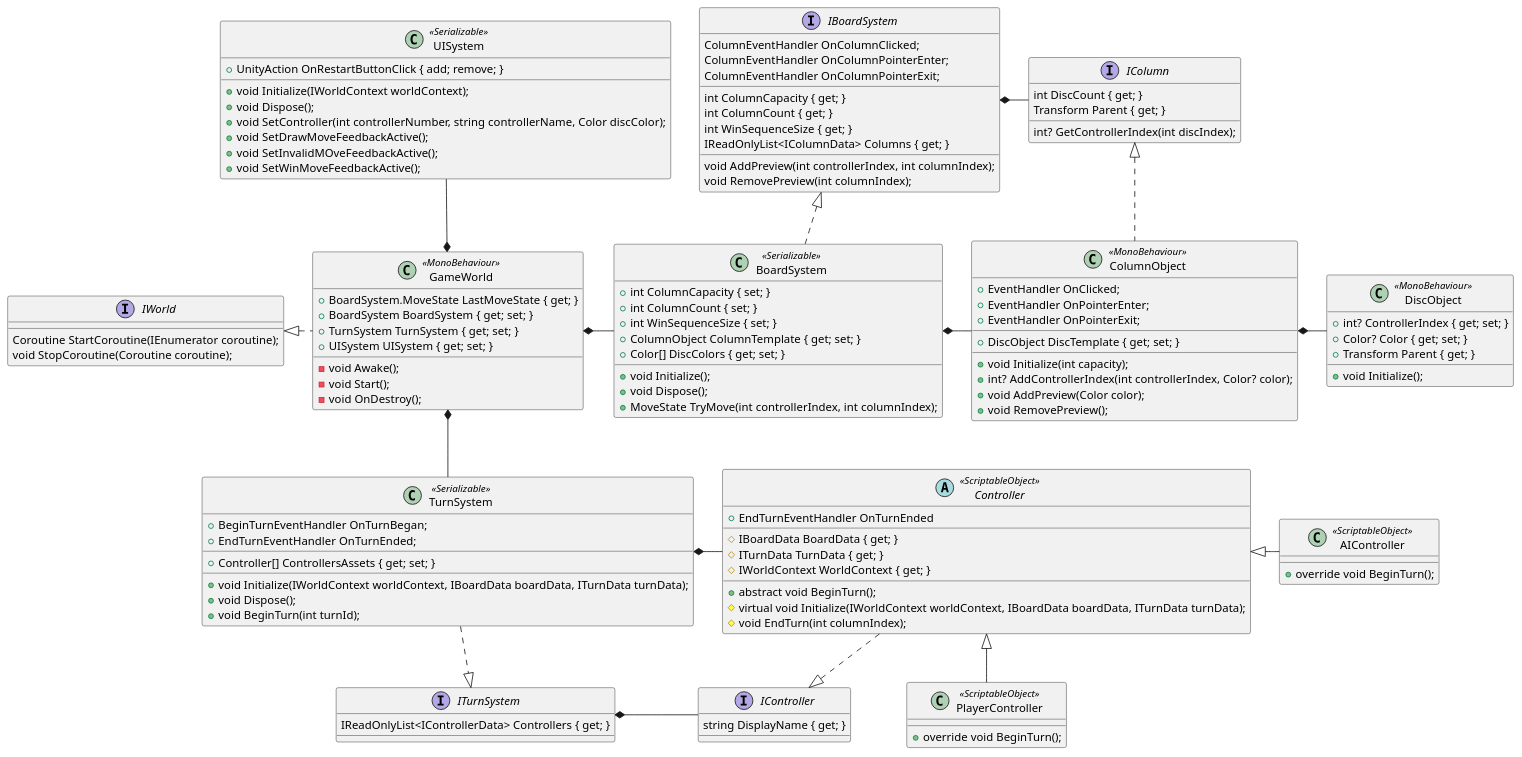
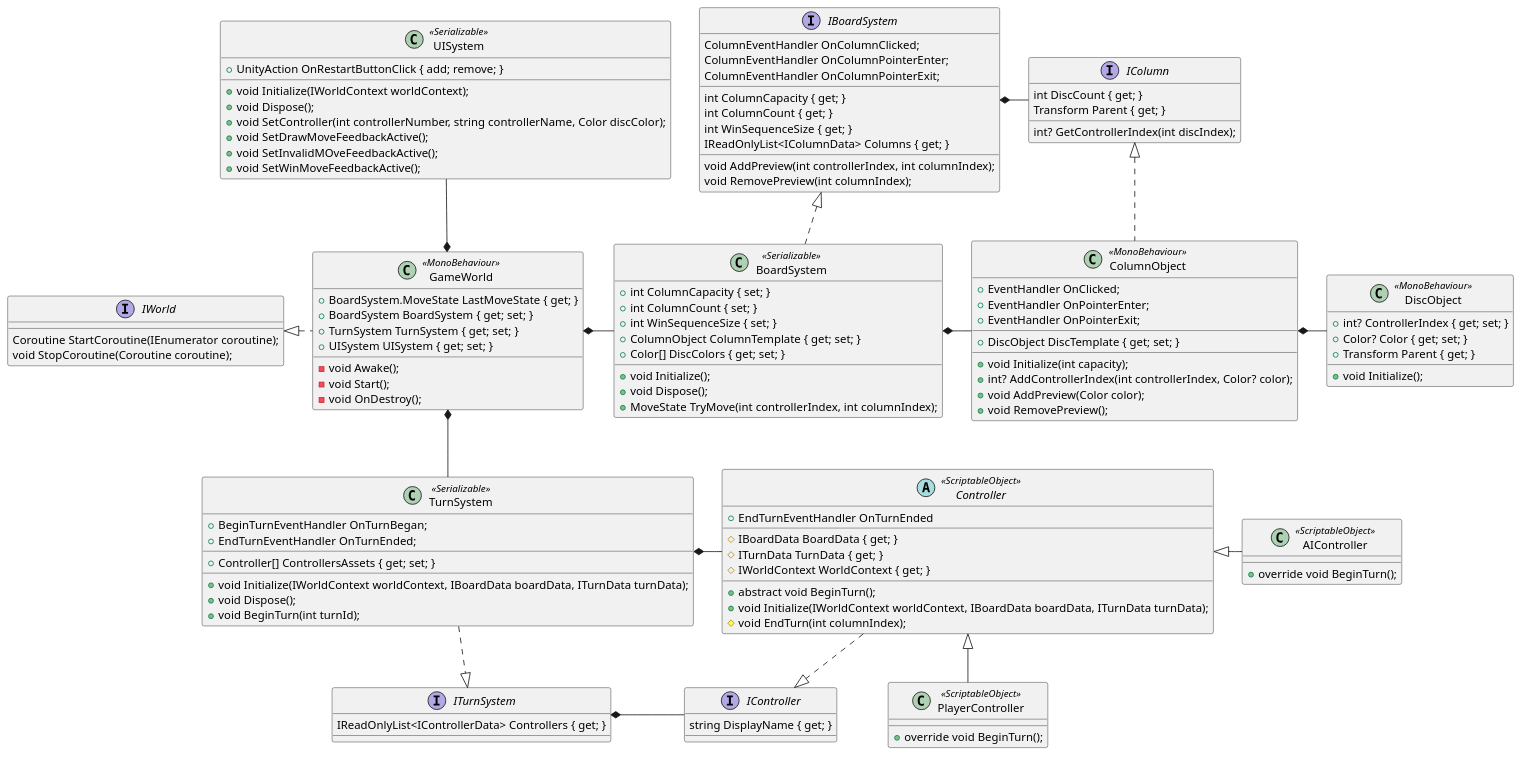
Before and after one commit to brunocoimbrar/ConnectFour: the diagram in Docs/MainArchitecture.plantUML, drawn with PlantUML. The commit also changed 5 other files, not shown here.

```diff
--- a/Docs/MainArchitecture.plantUML
+++ b/Docs/MainArchitecture.plantUML
@@ -1,157 +1,157 @@
 @startuml
 
 interface IWorld
 {
   Coroutine StartCoroutine(IEnumerator coroutine);
   void StopCoroutine(Coroutine coroutine);
 }
 
 class GameWorld <<MonoBehaviour>>
 {
   +BoardSystem.MoveState LastMoveState { get; }
   +BoardSystem BoardSystem { get; set; }
   +TurnSystem TurnSystem { get; set; }
   +UISystem UISystem { get; set; }
   __
   -void Awake();
   -void Start();
   -void OnDestroy();
 }
 
 interface IBoardSystem
 {
   ColumnEventHandler OnColumnClicked;
   ColumnEventHandler OnColumnPointerEnter;
   ColumnEventHandler OnColumnPointerExit;
   __
   int ColumnCapacity { get; }
   int ColumnCount { get; }
   int WinSequenceSize { get; }
   IReadOnlyList<IColumnData> Columns { get; }
   __
   void AddPreview(int controllerIndex, int columnIndex);
   void RemovePreview(int columnIndex);
 }
 
 class BoardSystem <<Serializable>>
 {
   +int ColumnCapacity { set; }
   +int ColumnCount { set; }
   +int WinSequenceSize { set; }
   +ColumnObject ColumnTemplate { get; set; }
   +Color[] DiscColors { get; set; }
   __
   +void Initialize();
   +void Dispose();
   +MoveState TryMove(int controllerIndex, int columnIndex);
 }
 
 interface IColumn
 {
   int DiscCount { get; }
   Transform Parent { get; }
   __
   int? GetControllerIndex(int discIndex);
 }
 
 class ColumnObject <<MonoBehaviour>>
 {
   +EventHandler OnClicked;
   +EventHandler OnPointerEnter;
   +EventHandler OnPointerExit;
   __
   +DiscObject DiscTemplate { get; set; }
   __
   +void Initialize(int capacity);
   +int? AddControllerIndex(int controllerIndex, Color? color);
   +void AddPreview(Color color);
   +void RemovePreview();
 }
 
 class DiscObject <<MonoBehaviour>>
 {
   +int? ControllerIndex { get; set; }
   +Color? Color { get; set; }
   +Transform Parent { get; }
   __
   +void Initialize();
 }
 
 interface ITurnSystem
 {
   IReadOnlyList<IControllerData> Controllers { get; }
 }
 
 class TurnSystem <<Serializable>>
 {
   +BeginTurnEventHandler OnTurnBegan;
   +EndTurnEventHandler OnTurnEnded;
   __
   +Controller[] ControllersAssets { get; set; }
   __
   +void Initialize(IWorldContext worldContext, IBoardData boardData, ITurnData turnData);
   +void Dispose();
   +void BeginTurn(int turnId);
 }
 
 interface IController
 {
   string DisplayName { get; }
 }
 
 abstract class Controller <<ScriptableObject>>
 {
   +EndTurnEventHandler OnTurnEnded
   __
   #IBoardData BoardData { get; }
   #ITurnData TurnData { get; }
   #IWorldContext WorldContext { get; }
   __
   +abstract void BeginTurn();
-  #virtual void Initialize(IWorldContext worldContext, IBoardData boardData, ITurnData turnData);
+  +void Initialize(IWorldContext worldContext, IBoardData boardData, ITurnData turnData);
   #void EndTurn(int columnIndex);
 }
 
 class PlayerController <<ScriptableObject>>
 {
   +override void BeginTurn();
 }
 
 class AIController <<ScriptableObject>>
 {
   +override void BeginTurn();
 }
 
 class UISystem <<Serializable>>
 {
   +UnityAction OnRestartButtonClick { add; remove; }
   __
   +void Initialize(IWorldContext worldContext);
   +void Dispose();
   +void SetController(int controllerNumber, string controllerName, Color discColor);
   +void SetDrawMoveFeedbackActive();
   +void SetInvalidMOveFeedbackActive();
   +void SetWinMoveFeedbackActive();
 }
 
 IWorld <|.right. GameWorld
 GameWorld *-right- BoardSystem
 GameWorld *-down- TurnSystem
 GameWorld *-up- UISystem
 
 IBoardSystem <|.down. BoardSystem
 IBoardSystem *-right- IColumn
 BoardSystem *-right- ColumnObject
 
 IColumn <|.down. ColumnObject
 ColumnObject *-right- DiscObject
 
 ITurnSystem <|.up. TurnSystem
 ITurnSystem *-right- IController
 TurnSystem *-right- Controller
 
 IController <|.up. Controller
 Controller <|-down- PlayerController
 Controller <|-right- AIController
 
 @enduml
```
